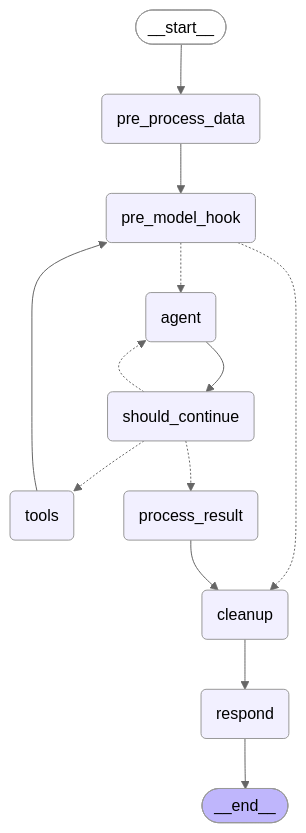
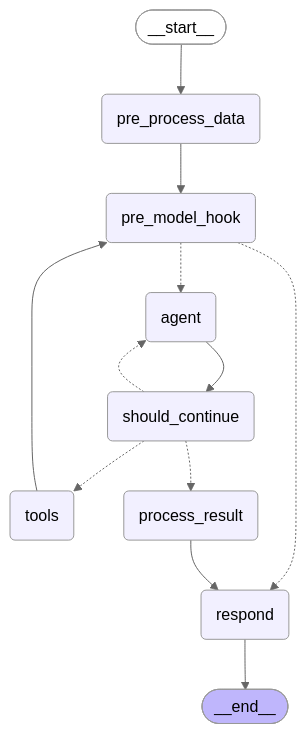
Before and after one commit to factly/gopie: the diagram in chat-server/app/workflow/graph/graph_mermaid/visualize_data_graph.mmd, drawn with Mermaid (neutral theme). The commit also changed 153 other files, not shown here.

```diff
--- a/chat-server/app/workflow/graph/graph_mermaid/visualize_data_graph.mmd
+++ b/chat-server/app/workflow/graph/graph_mermaid/visualize_data_graph.mmd
@@ -1,31 +1,29 @@
 ---
 config:
   flowchart:
     curve: basis
 ---
 graph TD;
 	__start__([<p>__start__</p>]):::first
 	pre_process_data(pre_process_data)
 	pre_model_hook(pre_model_hook)
 	agent(agent)
 	tools(tools)
 	process_result(process_result)
-	cleanup(cleanup)
 	should_continue(should_continue)
 	respond(respond)
 	__end__([<p>__end__</p>]):::last
 	__start__ --> pre_process_data;
 	agent --> should_continue;
-	cleanup --> respond;
 	pre_model_hook -.-> agent;
-	pre_model_hook -.-> cleanup;
+	pre_model_hook -.-> respond;
 	pre_process_data --> pre_model_hook;
-	process_result --> cleanup;
+	process_result --> respond;
 	should_continue -.-> agent;
 	should_continue -.-> process_result;
 	should_continue -.-> tools;
 	tools --> pre_model_hook;
 	respond --> __end__;
 	classDef default fill:#f2f0ff,line-height:1.2
 	classDef first fill-opacity:0
 	classDef last fill:#bfb6fc
```
